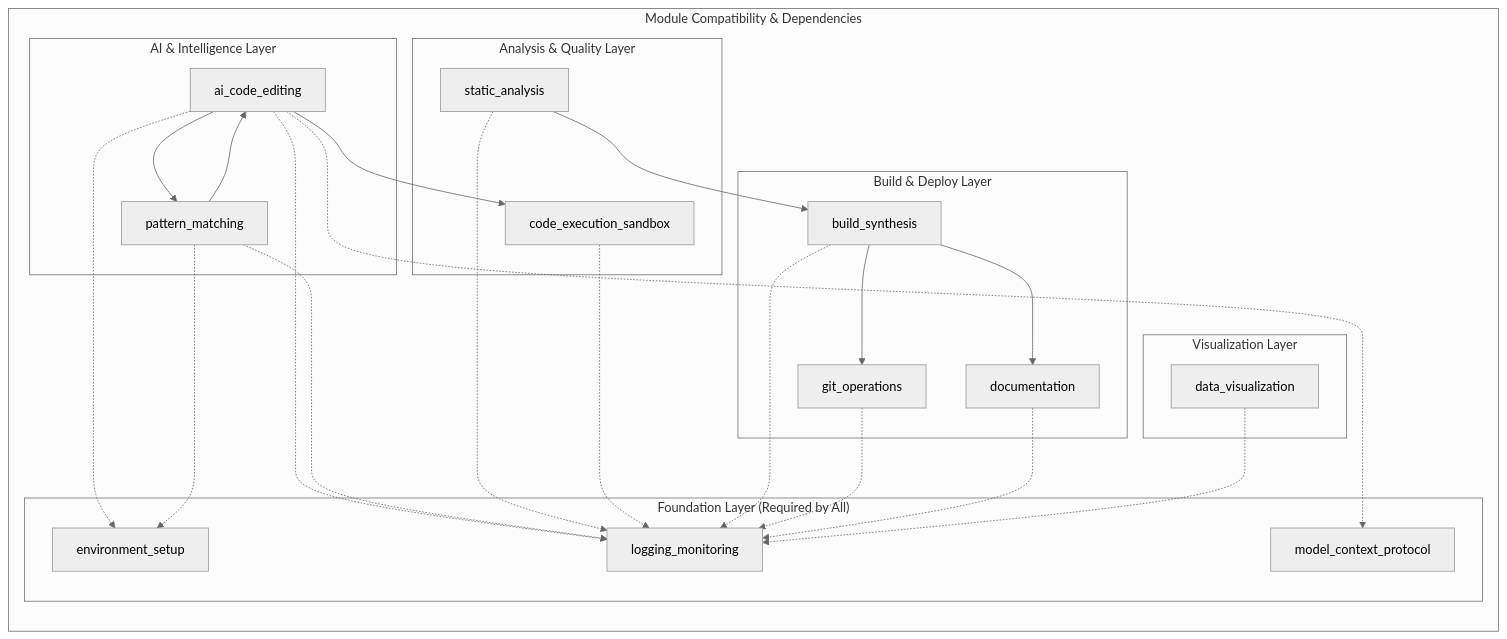
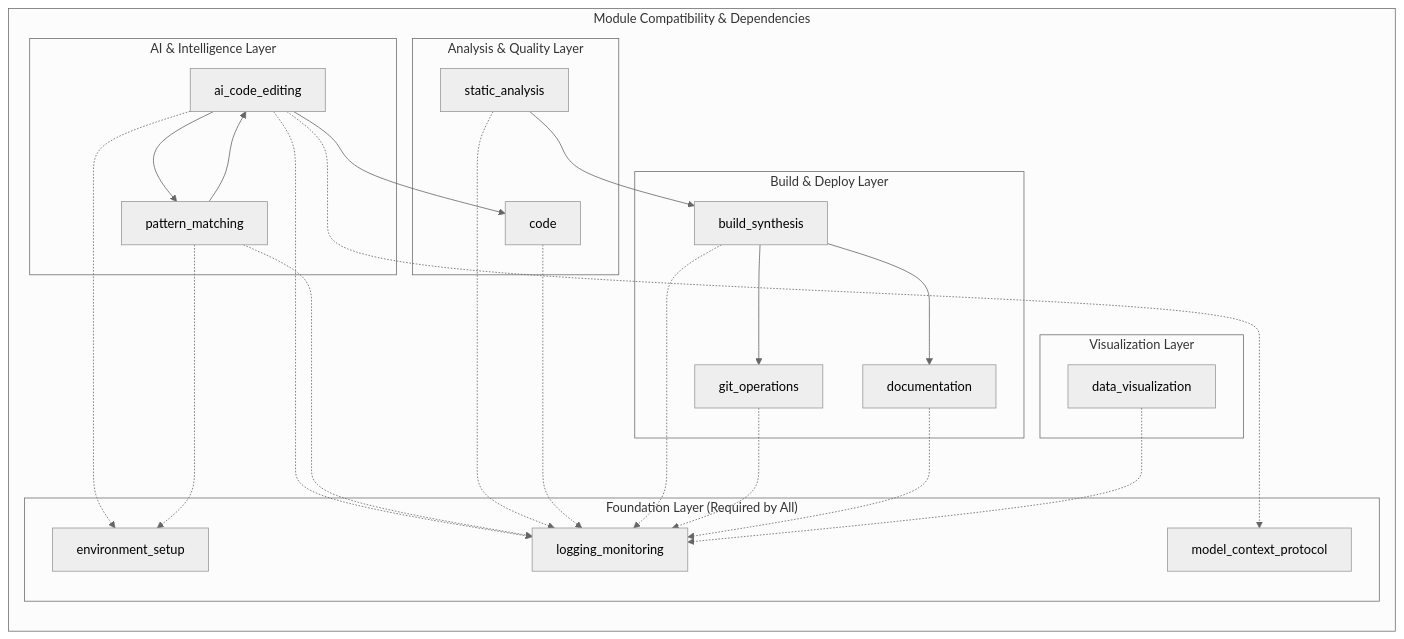
The third of 3 diagrams in docs/modules/relationships.md (docxology/codomyrmex), drawn with Mermaid (neutral theme) before and after one commit. The commit also changed other lines of this file and 1922 other files, not shown here.

````diff
--- a/docs/modules/relationships.md
+++ b/docs/modules/relationships.md
@@ -286,55 +292,55 @@
 ```mermaid
 graph LR
     subgraph "Module Compatibility & Dependencies"
         subgraph "Foundation Layer (Required by All)"
             ENV["environment_setup"]
             LOG["logging_monitoring"]
             MCP["model_context_protocol"]
         end
 
         subgraph "AI & Intelligence Layer"
             AI["ai_code_editing"]
             PATTERN["pattern_matching"]
         end
 
         subgraph "Analysis & Quality Layer"
             STATIC["static_analysis"]
-            EXEC["code_execution_sandbox"]
+            EXEC["code"]
         end
 
         subgraph "Build & Deploy Layer"
             BUILD["build_synthesis"]
             GIT["git_operations"]
             DOCS["documentation"]
         end
 
         subgraph "Visualization Layer"
             VIZ["data_visualization"]
         end
     end
 
     %% Foundation dependencies (dotted lines)
     AI -.-> ENV
     AI -.-> LOG
     AI -.-> MCP
 
     PATTERN -.-> ENV
     PATTERN -.-> LOG
 
     STATIC -.-> LOG
     EXEC -.-> LOG
 
     BUILD -.-> LOG
     GIT -.-> LOG
     DOCS -.-> LOG
 
     VIZ -.-> LOG
 
     %% Functional dependencies (solid lines)
     AI --> EXEC
     AI --> PATTERN
     STATIC --> BUILD
     BUILD --> GIT
     BUILD --> DOCS
     PATTERN --> AI
 ```
````
